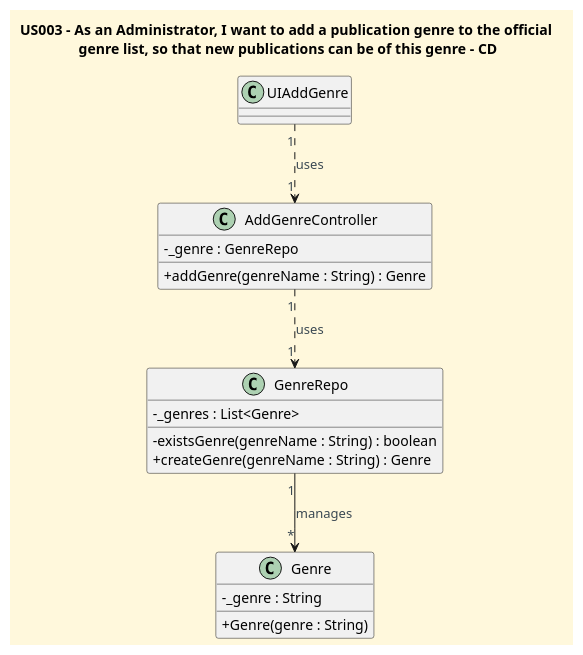
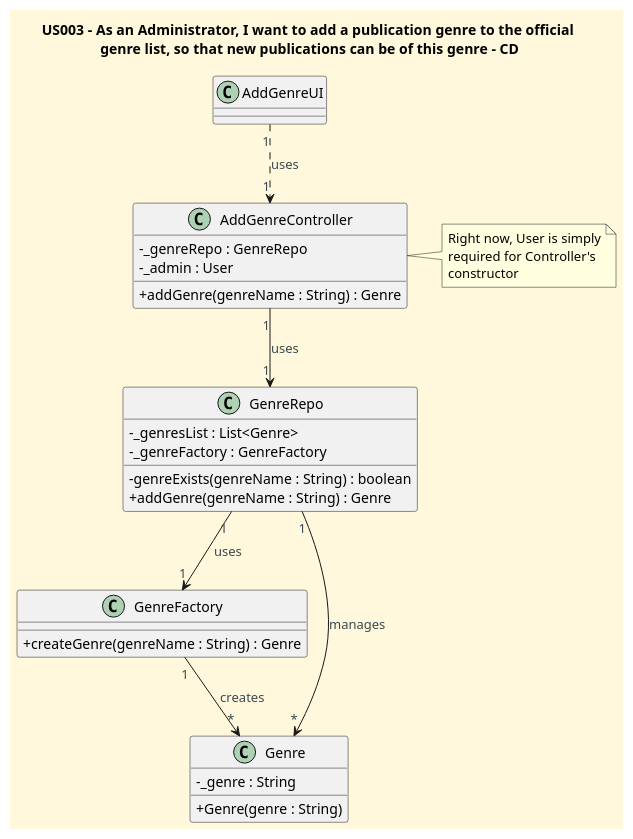
One commit to CarolinaLeite-collab/JavaMarketplacePlatform changed the diagram in docs/userStories/US003/US003_add_genre_CD.puml. Above: the diagram before and after it, drawn with PlantUML.

Commit message:
docs: updated US003 CD to include GenreFactory, resolves #274

```diff
--- a/docs/userStories/US003/US003_add_genre_CD.puml
+++ b/docs/userStories/US003/US003_add_genre_CD.puml
@@ -1,42 +1,56 @@
 @startuml
 title "US003 - As an Administrator, I want to add a publication genre to the official \ngenre list, so that new publications can be of this genre - CD"
 
 '==== basic style ====
 skinparam monochrome false
 skinparam shadowing false
 skinparam defaultFontName Futura
 skinparam objectFontSize 20
 skinparam backgroundColor CornSilk
 skinparam objectBackgroundColor WhiteSmoke
 skinparam noteBackgroundColor #FFFFE0
 skinparam ArrowFontColor #3B4953
 skinparam ActivationBackgroundColor black
 skinparam classAttributeIconSize 0
 
 '==== Classes ====
-class UIAddGenre {
+class AddGenreUI {
 
 }
 
 class AddGenreController {
-    - _genre : GenreRepo
+    - _genreRepo : GenreRepo
+    - _admin : User
     + addGenre(genreName : String) : Genre
 }
 
 class GenreRepo {
-    - _genres : List<Genre>
-    - existsGenre(genreName : String) : boolean
+    - _genresList : List<Genre>
+    - _genreFactory : GenreFactory
+    - genreExists(genreName : String) : boolean
+    + addGenre(genreName : String) : Genre
+}
+
+class GenreFactory {
     + createGenre(genreName : String) : Genre
 }
 
 class Genre {
     - _genre : String
     + Genre(genre : String)
 }
 
 '==== Relationships ====
-UIAddGenre "1" ..> "1" AddGenreController : uses
-AddGenreController "1" ..> "1" GenreRepo : uses
+AddGenreUI "1" ..> "1" AddGenreController : uses
+AddGenreController "1" --> "1" GenreRepo : uses
+GenreRepo "1" --> "1" GenreFactory : uses
 GenreRepo "1" --> "*" Genre : manages
+GenreFactory "1" --> "*" Genre : creates
+
+note right of AddGenreController
+    Right now, User is simply
+    required for Controller's
+    constructor
+endNote
 
 @enduml
```
